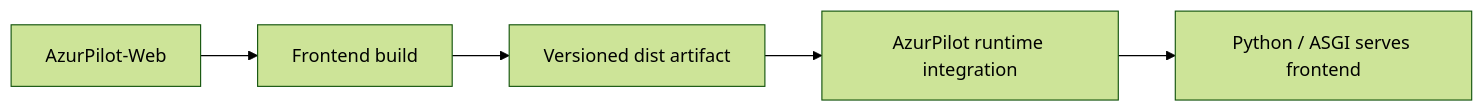
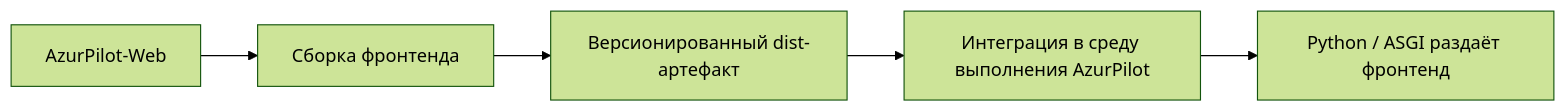
One commit to AliceLiddell01/AzurPilot-Web changed the second of 3 diagrams in docs/architecture/ARCHITECTURE.md. Above: the diagram before and after it, drawn with Mermaid (forest theme). The commit also changed other lines of this file and 10 other files, not shown here.

````diff
--- a/docs/architecture/ARCHITECTURE.md
+++ b/docs/architecture/ARCHITECTURE.md
@@ -212,7 +212,7 @@
 ```mermaid
 flowchart LR
-    WebRepo[AzurPilot-Web] --> Build[Frontend build]
-    Build --> Artifact[Versioned dist artifact]
-    Artifact --> Integration[AzurPilot runtime integration]
-    Integration --> ASGI[Python / ASGI serves frontend]
+    WebRepo[AzurPilot-Web] --> Build[Сборка фронтенда]
+    Build --> Artifact[Версионированный dist-артефакт]
+    Artifact --> Integration[Интеграция в среду выполнения AzurPilot]
+    Integration --> ASGI[Python / ASGI раздаёт фронтенд]
 ```
````
